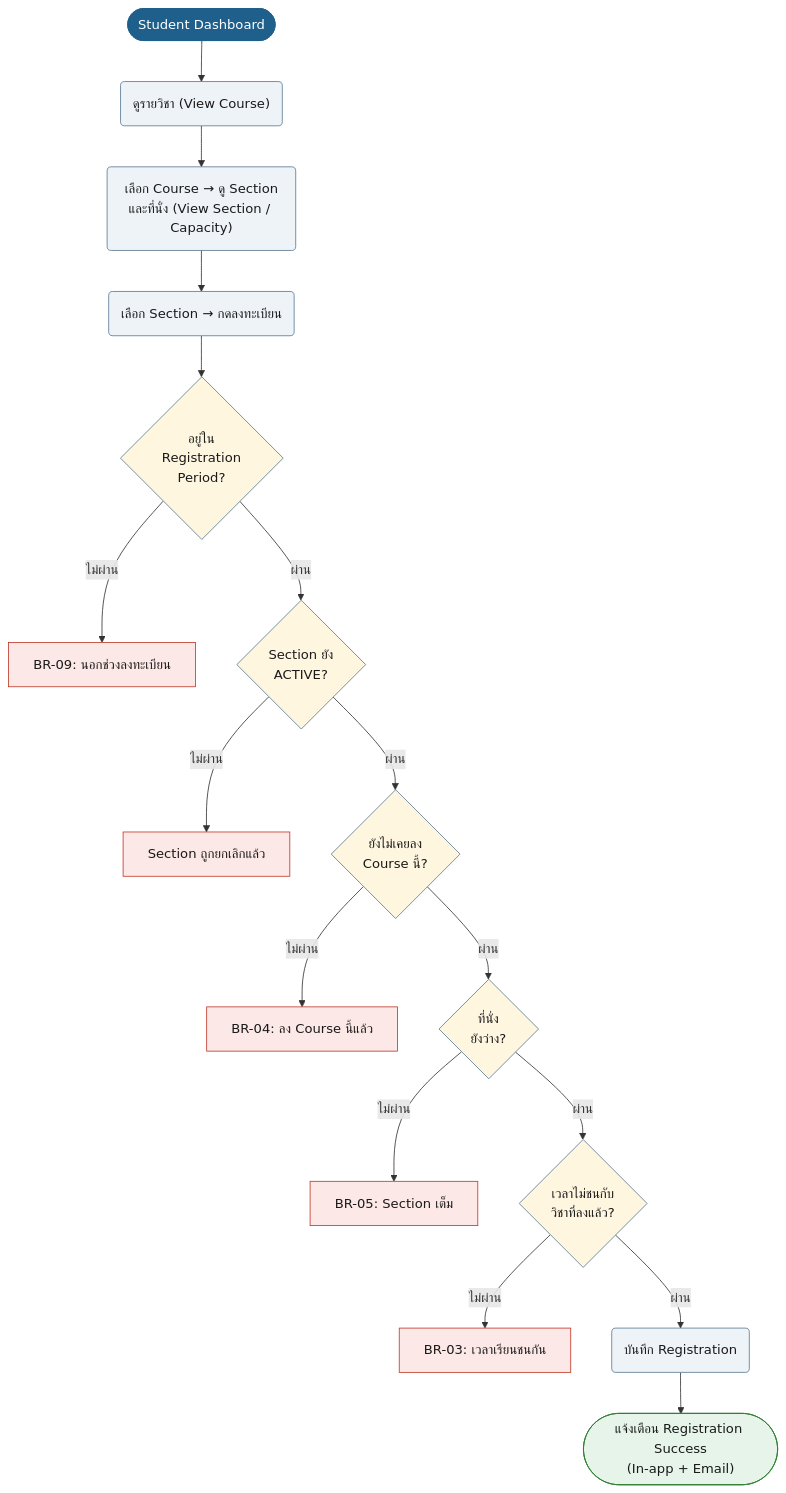
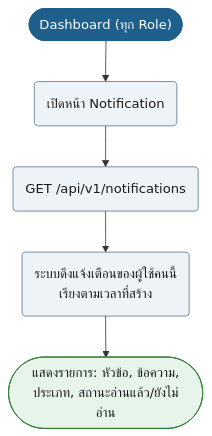
The fourth of 49 diagrams in doc/userflow.md (synthesixer/AcadOS), drawn with Mermaid before and after one commit. The commit also changed other lines of this file and 1 other file, not shown here.

````diff
--- a/doc/userflow.md
+++ b/doc/userflow.md
@@ -168,40 +206,18 @@
 ```mermaid
 flowchart TD
-    n1(["Student Dashboard"]):::start
-    n2("ดูรายวิชา (View Course)"):::act
-    n3("เลือก Course → ดู Section<br/>และที่นั่ง (View Section / Capacity)"):::act
-    n4("เลือก Section → กดลงทะเบียน"):::act
+    n1(["Dashboard (ทุก Role)"]):::start
+    n2("เปิดหน้า Notification"):::act
+    n3("GET /api/v1/notifications"):::act
+    n4("ระบบดึงแจ้งเตือนของผู้ใช้คนนี้<br/>เรียงตามเวลาที่สร้าง"):::act
+    n5(["แสดงรายการ: หัวข้อ, ข้อความ,<br/>ประเภท, สถานะอ่านแล้ว/ยังไม่อ่าน"]):::ok
     n1 --> n2
     n2 --> n3
     n3 --> n4
-    n5{"อยู่ใน<br/>Registration<br/>Period?"}:::dec
     n4 --> n5
-    n6["BR-09: นอกช่วงลงทะเบียน"]:::bad
-    n5 -->|ไม่ผ่าน| n6
-    n7{"Section ยัง<br/>ACTIVE?"}:::dec
-    n5 -->|ผ่าน| n7
-    n8["Section ถูกยกเลิกแล้ว"]:::bad
-    n7 -->|ไม่ผ่าน| n8
-    n9{"ยังไม่เคยลง<br/>Course นี้?"}:::dec
-    n7 -->|ผ่าน| n9
-    n10["BR-04: ลง Course นี้แล้ว"]:::bad
-    n9 -->|ไม่ผ่าน| n10
-    n11{"ที่นั่ง<br/>ยังว่าง?"}:::dec
-    n9 -->|ผ่าน| n11
-    n12["BR-05: Section เต็ม"]:::bad
-    n11 -->|ไม่ผ่าน| n12
-    n13{"เวลาไม่ชนกับ<br/>วิชาที่ลงแล้ว?"}:::dec
-    n11 -->|ผ่าน| n13
-    n14["BR-03: เวลาเรียนชนกัน"]:::bad
-    n13 -->|ไม่ผ่าน| n14
-    n15("บันทึก Registration"):::act
-    n13 -->|ผ่าน| n15
-    n16(["แจ้งเตือน Registration Success<br/>(In-app + Email)"]):::ok
-    n15 --> n16
     classDef start fill:#1F5F8B,stroke:#1F5F8B,color:#fff
     classDef act fill:#EEF3F8,stroke:#5B7A94,color:#1a1a1a
     classDef dec fill:#FFF6E0,stroke:#5B7A94,color:#1a1a1a
     classDef bad fill:#FCE8E6,stroke:#C0392B,color:#1a1a1a
     classDef ok fill:#E6F4EA,stroke:#2E7D32,color:#1a1a1a
     classDef note fill:#F4F4F4,stroke:#999,color:#1a1a1a
 ```
````
